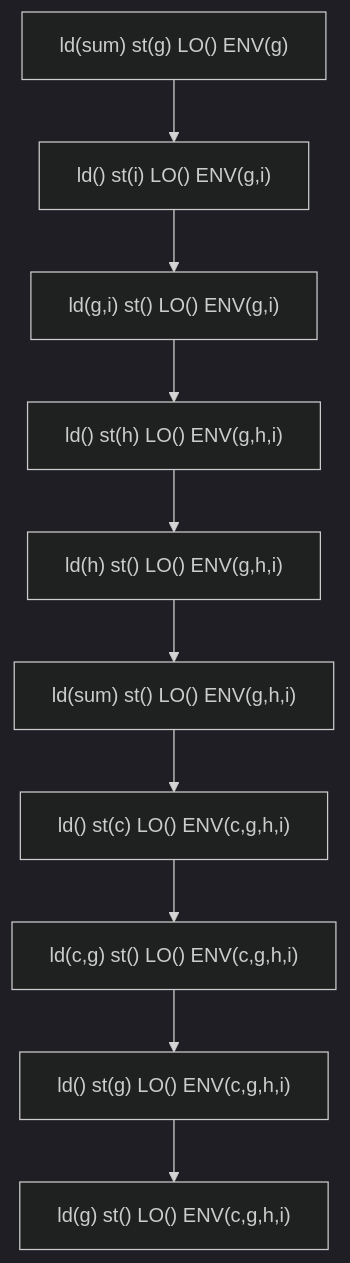
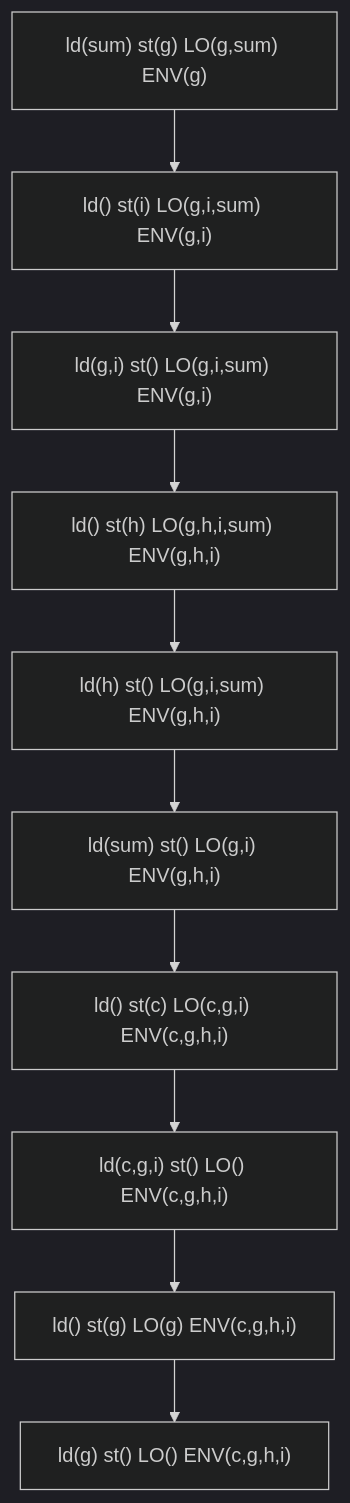
One commit to Yosshi999/ARCGolfVisualizer changed the fifth of 6 diagrams in zlib_optimizer/graph.md. Above: the diagram before and after it, drawn with Mermaid (dark theme). The commit also changed other lines of this file and 1 other file, not shown here.

````diff
--- a/zlib_optimizer/graph.md
+++ b/zlib_optimizer/graph.md
@@ -65,22 +62,22 @@
 ```mermaid
 graph TB
-  N1886106501328["ld(sum) st(g) LO() ENV(g)"]
-  N1886106501328 --> N1886106501456
-  N1886106501456["ld() st(i) LO() ENV(g,i)"]
-  N1886106501456 --> N1886106501264
-  N1886106501264["ld(g,i) st() LO() ENV(g,i)"]
-  N1886106501264 --> N1886106502928
-  N1886106502928["ld() st(h) LO() ENV(g,h,i)"]
-  N1886106502928 --> N1886106503056
-  N1886106503056["ld(h) st() LO() ENV(g,h,i)"]
-  N1886106503056 --> N1886106575120
-  N1886106575120["ld(sum) st() LO() ENV(g,h,i)"]
-  N1886106575120 --> N1886106576272
-  N1886106576272["ld() st(c) LO() ENV(c,g,h,i)"]
-  N1886106576272 --> N1886106576528
-  N1886106576528["ld(c,g) st() LO() ENV(c,g,h,i)"]
-  N1886106576528 --> N1886106576656
-  N1886106576656["ld() st(g) LO() ENV(c,g,h,i)"]
-  N1886106576656 --> N1886106580688
-  N1886106580688["ld(g) st() LO() ENV(c,g,h,i)"]
+  N2789306630736["ld(sum) st(g) LO(g,sum) ENV(g)"]
+  N2789306630736 --> N2789306631312
+  N2789306631312["ld() st(i) LO(g,i,sum) ENV(g,i)"]
+  N2789306631312 --> N2789306632144
+  N2789306632144["ld(g,i) st() LO(g,i,sum) ENV(g,i)"]
+  N2789306632144 --> N2789306633744
+  N2789306633744["ld() st(h) LO(g,h,i,sum) ENV(g,h,i)"]
+  N2789306633744 --> N2789306633872
+  N2789306633872["ld(h) st() LO(g,i,sum) ENV(g,h,i)"]
+  N2789306633872 --> N2789306704528
+  N2789306704528["ld(sum) st() LO(g,i) ENV(g,h,i)"]
+  N2789306704528 --> N2789306707088
+  N2789306707088["ld() st(c) LO(c,g,i) ENV(c,g,h,i)"]
+  N2789306707088 --> N2789306705552
+  N2789306705552["ld(c,g,i) st() LO() ENV(c,g,h,i)"]
+  N2789306705552 --> N2789306707408
+  N2789306707408["ld() st(g) LO(g) ENV(c,g,h,i)"]
+  N2789306707408 --> N2789306711632
+  N2789306711632["ld(g) st() LO() ENV(c,g,h,i)"]
 ```
````
